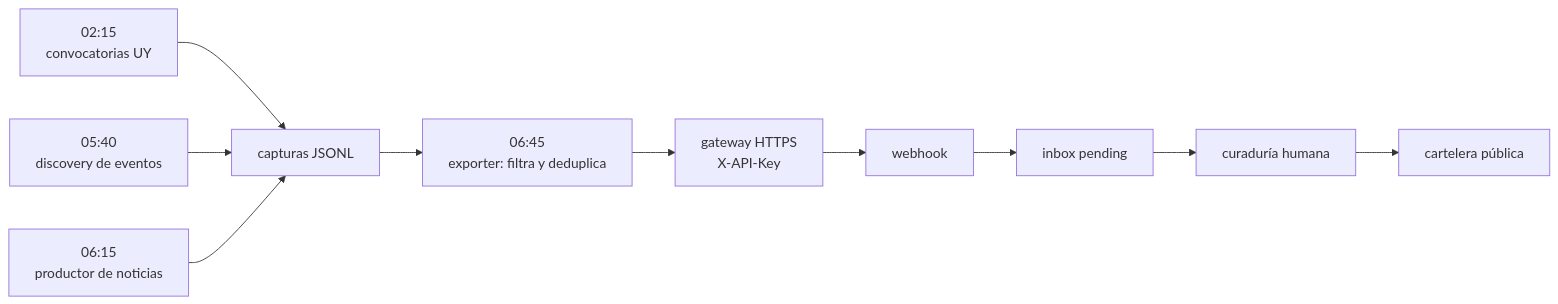
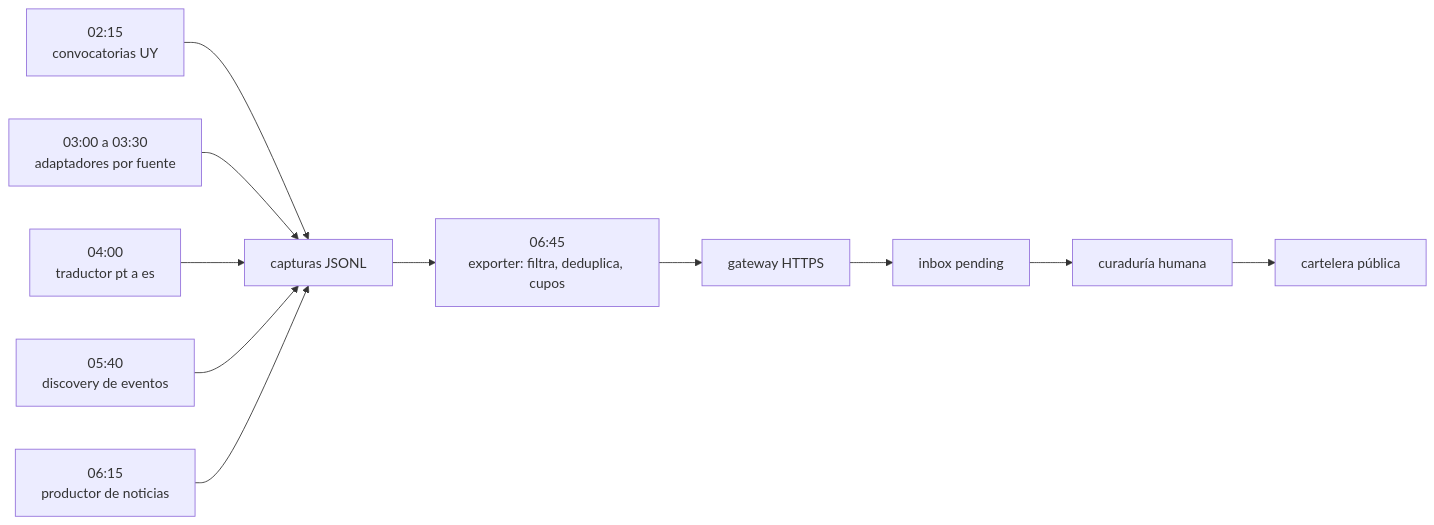
One commit to guspatagonico/gustavosalvini-astro-blog changed the diagram in src/data/blog/pivot-cartelera-agentica.mdx. Above: the diagram before and after it, drawn with Mermaid. The commit also changed other lines of this file and 2 other files, not shown here.

````diff
--- a/src/data/blog/pivot-cartelera-agentica.mdx
+++ b/src/data/blog/pivot-cartelera-agentica.mdx
@@ -41,12 +42,13 @@
 ```mermaid
 graph LR
     A["02:15<br/>convocatorias UY"] --> C["capturas JSONL"]
-    B["05:40<br/>discovery de eventos"] --> C
-    D["06:15<br/>productor de noticias"] --> C
-    C --> E["06:45<br/>exporter: filtra y deduplica"]
-    E --> F["gateway HTTPS<br/>X-API-Key"]
-    F --> G["webhook"]
+    B["03:00 a 03:30<br/>adaptadores por fuente"] --> C
+    T["04:00<br/>traductor pt a es"] --> C
+    D["05:40<br/>discovery de eventos"] --> C
+    E["06:15<br/>productor de noticias"] --> C
+    C --> F["06:45<br/>exporter: filtra, deduplica, cupos"]
+    F --> G["gateway HTTPS"]
     G --> H["inbox pending"]
     H --> I["curaduría humana"]
     I --> J["cartelera pública"]
 ```
````
